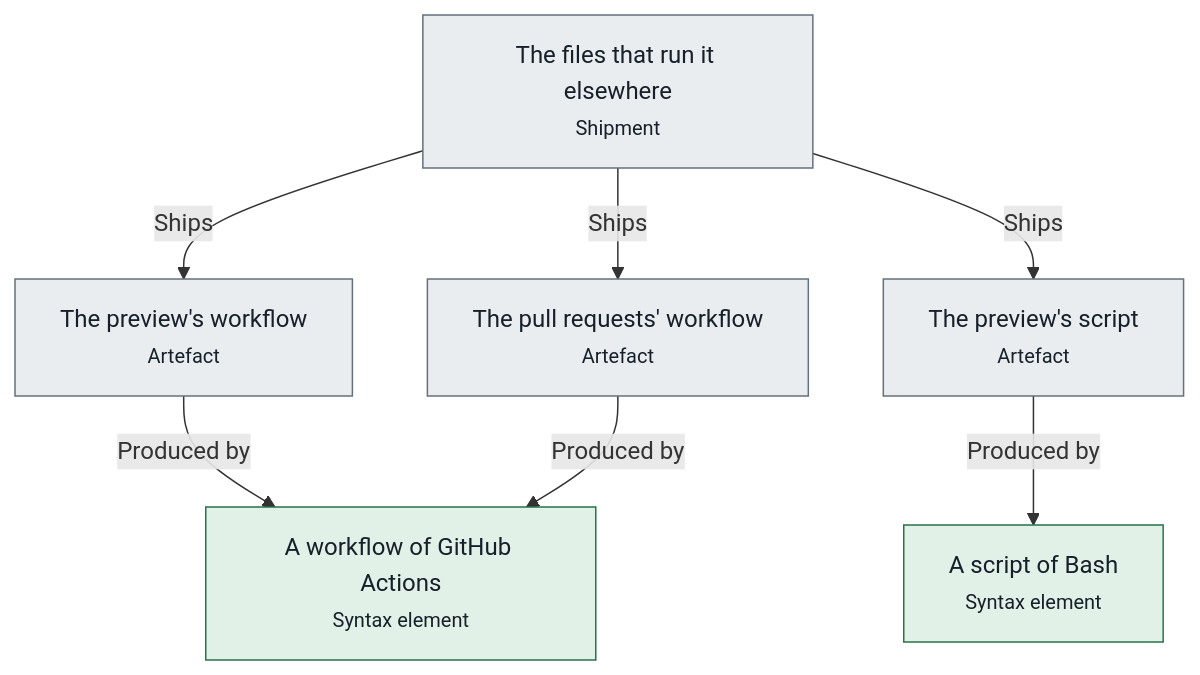
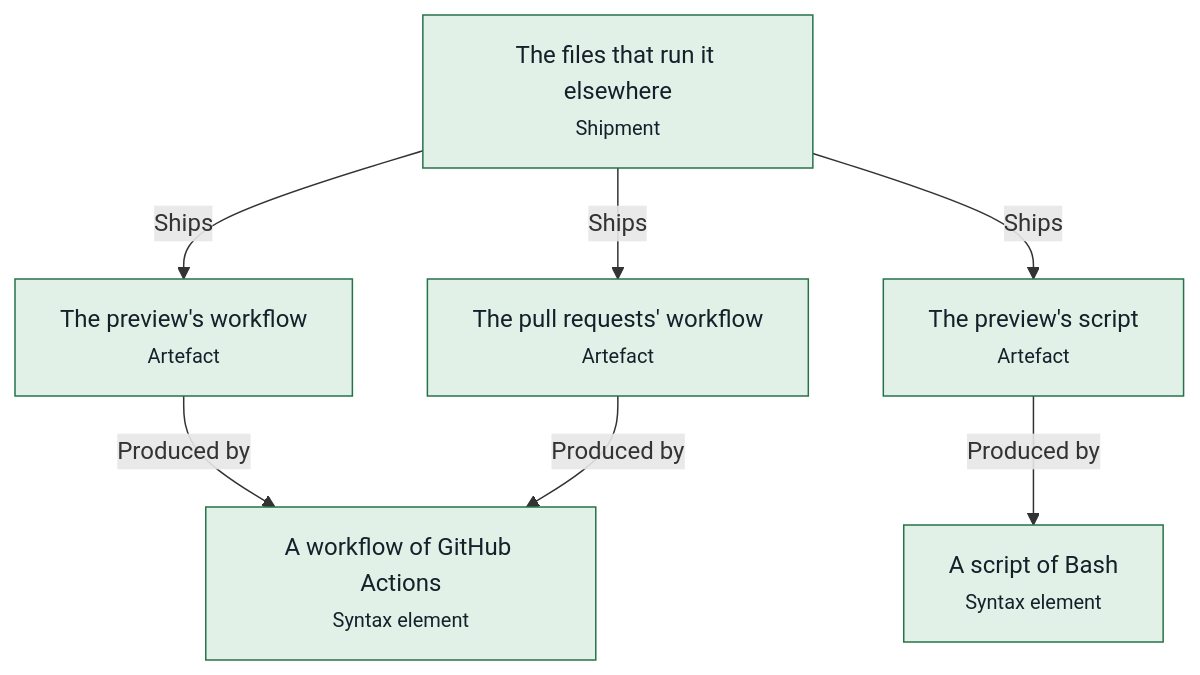
Before and after one commit to advancedcognitivesystems-ai/trame: the fourth of 4 diagrams in apps/poselia/docs/pipelines.md, drawn with Mermaid. The commit also changed other lines of this file and 372 other files, not shown here.

````diff
--- a/apps/poselia/docs/pipelines.md
+++ b/apps/poselia/docs/pipelines.md
@@ -324,20 +324,20 @@
 ```mermaid
 flowchart TB
-  n0["The preview's script<br/><small>Artefact</small>"]:::unknown
+  n0["The preview's script<br/><small>Artefact</small>"]:::held
   n1["A script of Bash<br/><small>Syntax element</small>"]:::held
-  n2["The preview's workflow<br/><small>Artefact</small>"]:::unknown
+  n2["The preview's workflow<br/><small>Artefact</small>"]:::held
   n3["A workflow of GitHub Actions<br/><small>Syntax element</small>"]:::held
-  n4["The pull requests' workflow<br/><small>Artefact</small>"]:::unknown
-  n5["The files that run it elsewhere<br/><small>Shipment</small>"]:::unknown
+  n4["The pull requests' workflow<br/><small>Artefact</small>"]:::held
+  n5["The files that run it elsewhere<br/><small>Shipment</small>"]:::held
   n0 -->|Produced by| n1
   n2 -->|Produced by| n3
   n4 -->|Produced by| n3
   n5 -->|Ships| n2
   n5 -->|Ships| n0
   n5 -->|Ships| n4
   classDef held fill:#e1f1e7,stroke:#26734a,color:#17202a
   classDef blocked fill:#fbf0d9,stroke:#9a6200,color:#17202a
   classDef violated fill:#f9e3e1,stroke:#ad2a22,color:#17202a
   classDef unknown fill:#e9edf0,stroke:#65707c,color:#17202a
   classDef neutral fill:#ffffff,stroke:#5a6672,color:#17202a
 ```
````
